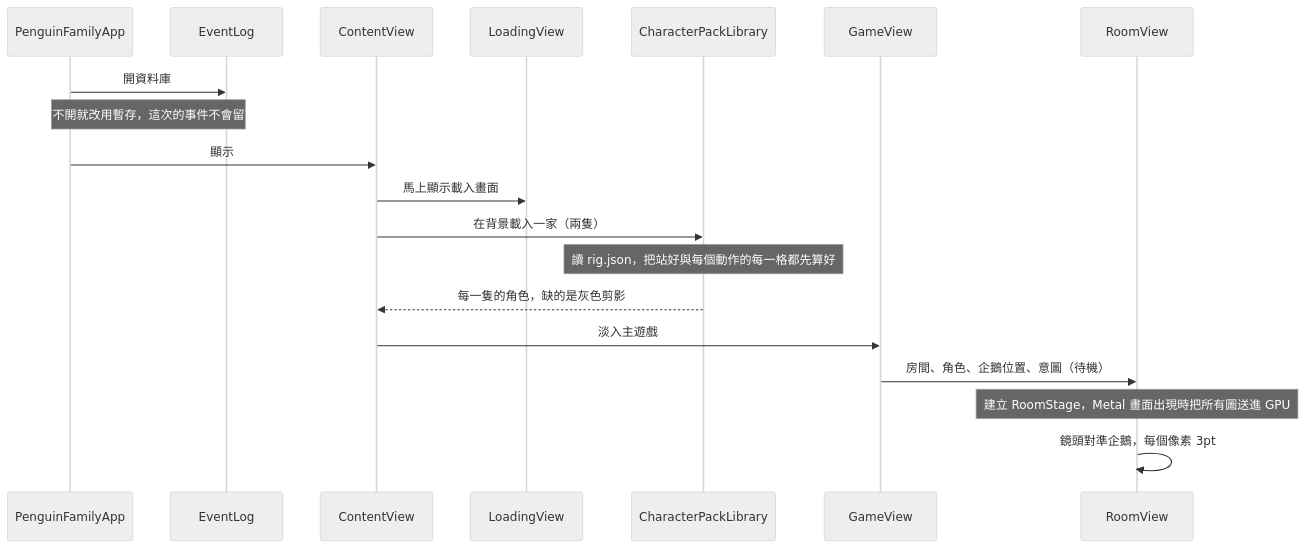
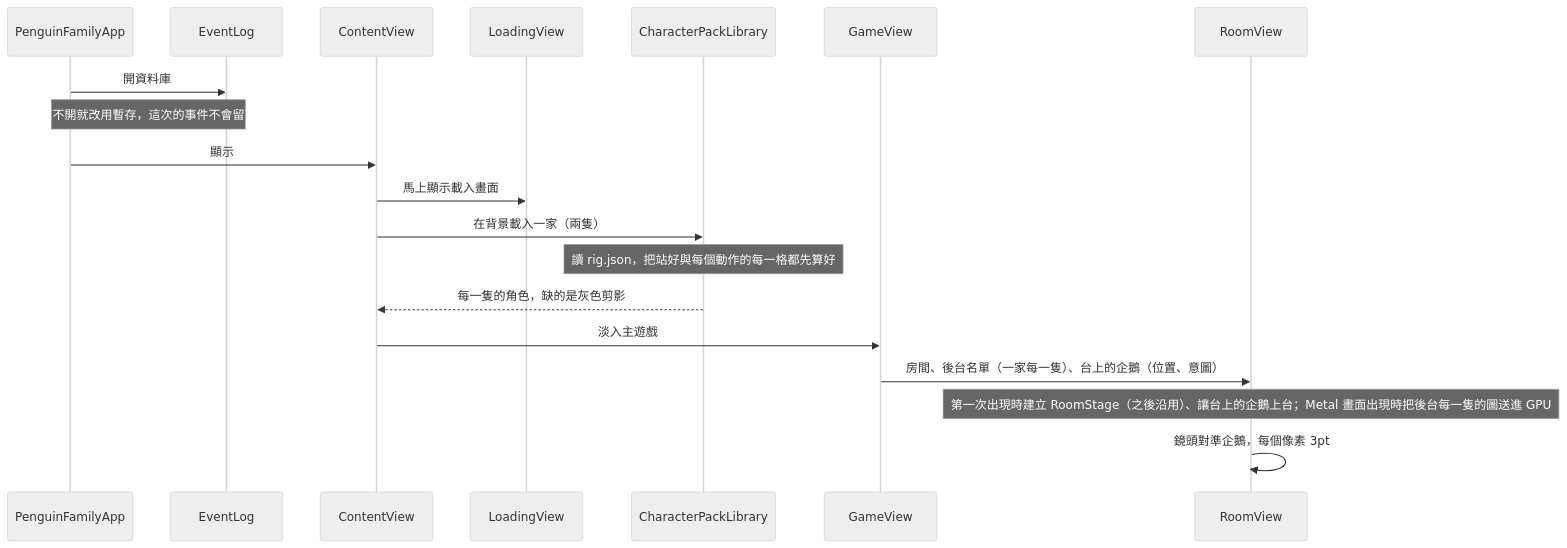
One commit to CBHeng/penguin-family changed the second of 4 diagrams in docs/code-map.md. Above: the diagram before and after it, drawn with Mermaid (neutral theme). The commit also changed other lines of this file and 25 other files, not shown here.

````diff
--- a/docs/code-map.md
+++ b/docs/code-map.md
@@ -162,22 +174,22 @@
 ```mermaid
 sequenceDiagram
     participant App as PenguinFamilyApp
     participant Log as EventLog
     participant CV as ContentView
     participant LV as LoadingView
     participant Lib as CharacterPackLibrary
     participant GV as GameView
     participant RV as RoomView
 
     App->>Log: 開資料庫
     Note over App,Log: 打不開就改用暫存，這次的事件不會留下
     App->>CV: 顯示
     CV->>LV: 馬上顯示載入畫面
     CV->>Lib: 在背景載入一家（兩隻）
     Note over Lib: 讀 rig.json，把站好與每個動作的每一格都先算好
     Lib-->>CV: 每一隻的角色，缺的是灰色剪影
     CV->>GV: 淡入主遊戲
-    GV->>RV: 房間、角色、企鵝位置、意圖（待機）
-    Note over RV: 建立 RoomStage，Metal 畫面出現時把所有圖送進 GPU
+    GV->>RV: 房間、後台名單（一家每一隻）、台上的企鵝（位置、意圖）
+    Note over RV: 第一次出現時建立 RoomStage（之後沿用）、讓台上的企鵝上台；Metal 畫面出現時把後台每一隻的圖送進 GPU
     RV->>RV: 鏡頭對準企鵝，每個像素 3pt
 ```
````
